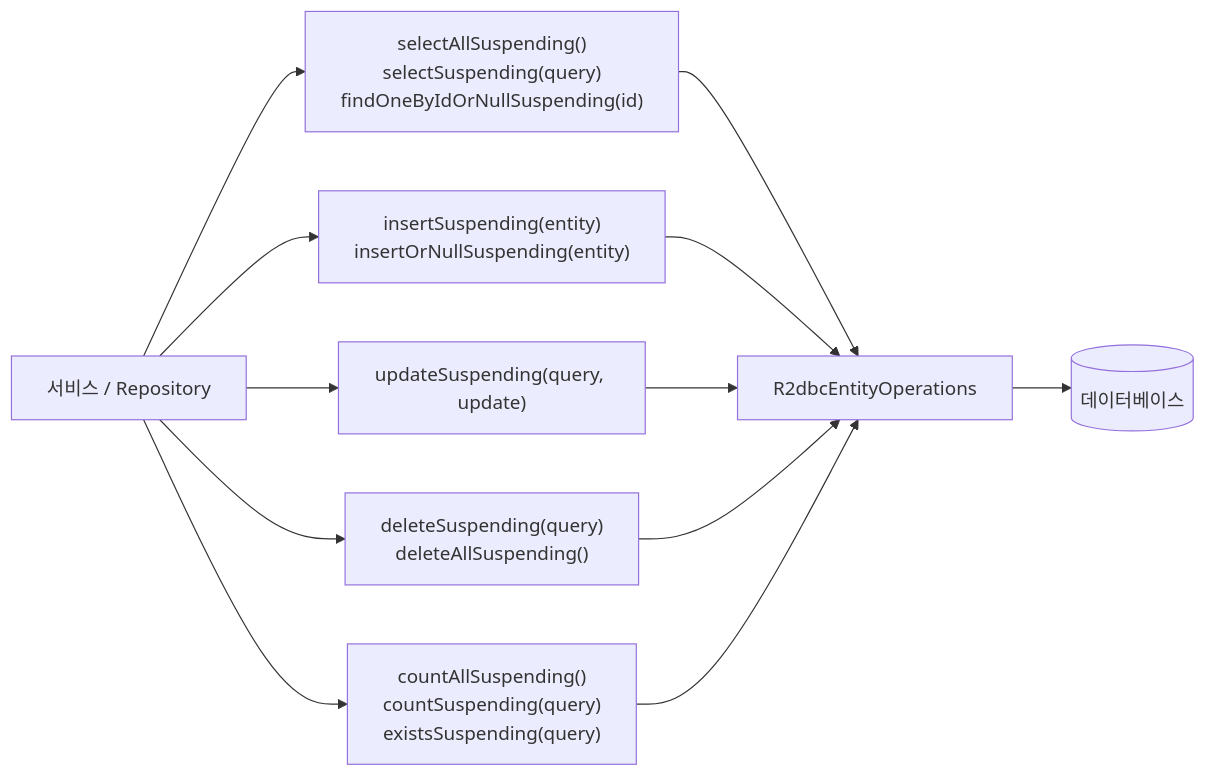
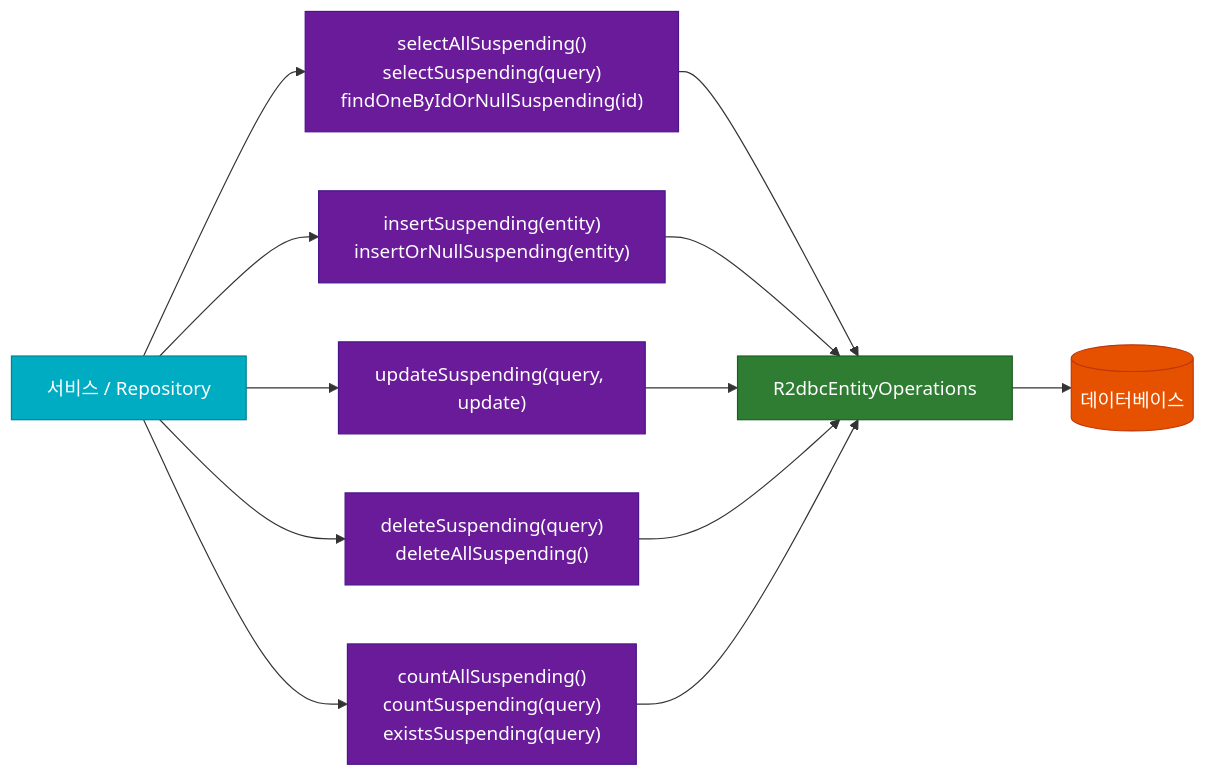
Before and after one commit to bluetape4k/bluetape4k-projects: the third of 4 diagrams in spring-boot4/r2dbc/README.ko.md, drawn with Mermaid. The commit also changed other lines of this file and 221 other files, not shown here.

First line of the commit message:
docs: 전체 모듈 README UML 다이어그램 보강 및 색상 업그레이드

````diff
--- a/spring-boot4/r2dbc/README.ko.md
+++ b/spring-boot4/r2dbc/README.ko.md
@@ -174,14 +191,24 @@
 ```mermaid
 flowchart LR
     Service["서비스 / Repository"] --> Select["selectAllSuspending()<br/>selectSuspending(query)<br/>findOneByIdOrNullSuspending(id)"]
     Service --> Insert["insertSuspending(entity)<br/>insertOrNullSuspending(entity)"]
     Service --> Update["updateSuspending(query, update)"]
     Service --> Delete["deleteSuspending(query)<br/>deleteAllSuspending()"]
     Service --> Count["countAllSuspending()<br/>countSuspending(query)<br/>existsSuspending(query)"]
     Select --> ROps["R2dbcEntityOperations"]
     Insert --> ROps
     Update --> ROps
     Delete --> ROps
     Count --> ROps
     ROps --> DB[("데이터베이스")]
+
+    classDef serviceStyle fill:#00ACC1,stroke:#00838F,color:#FFFFFF
+    classDef opStyle fill:#6A1B9A,stroke:#4A148C,color:#FFFFFF
+    classDef opsStyle fill:#2E7D32,stroke:#1B5E20,color:#FFFFFF
+    classDef dbStyle fill:#E65100,stroke:#BF360C,color:#FFFFFF
+
+    class Service serviceStyle
+    class Select,Insert,Update,Delete,Count opStyle
+    class ROps opsStyle
+    class DB dbStyle
 ```
````
